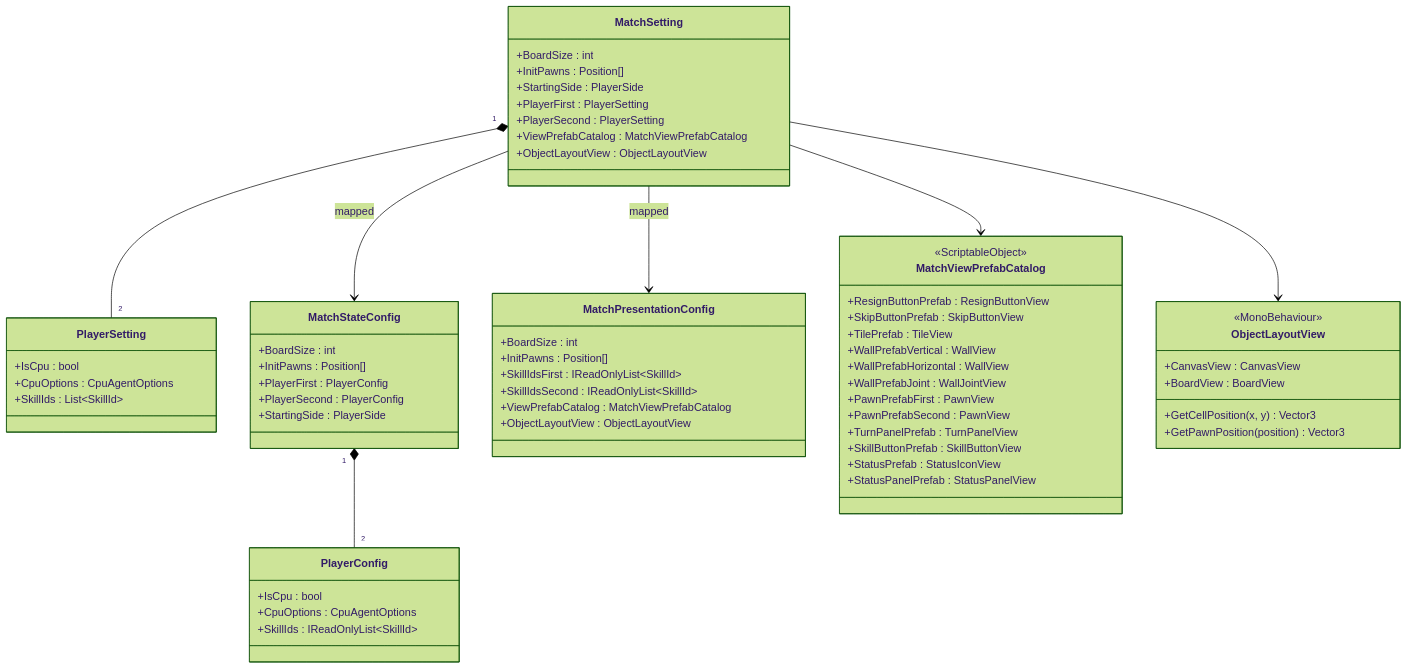
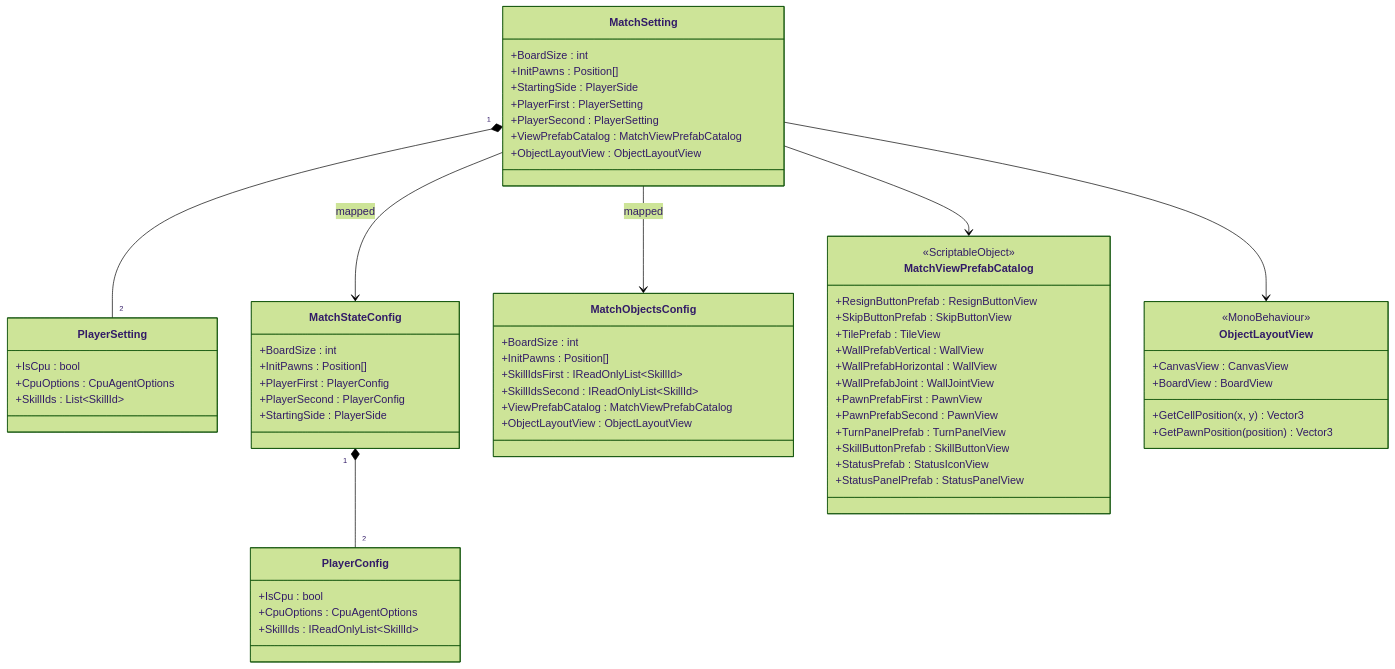
One commit to takaotokuno/unity-quoridor changed the second of 3 diagrams in docs/diagrams/application/match-composition-root.md. Above: the diagram before and after it, drawn with Mermaid (forest theme). The commit also changed other lines of this file and 7 other files, not shown here.

````diff
--- a/docs/diagrams/application/match-composition-root.md
+++ b/docs/diagrams/application/match-composition-root.md
@@ -76,72 +78,72 @@
 ```mermaid
 classDiagram
     class MatchSetting{
         +BoardSize : int
         +InitPawns : Position[]
         +StartingSide : PlayerSide
         +PlayerFirst : PlayerSetting
         +PlayerSecond : PlayerSetting
         +ViewPrefabCatalog : MatchViewPrefabCatalog
         +ObjectLayoutView : ObjectLayoutView
     }
 
     class PlayerSetting{
         +IsCpu : bool
         +CpuOptions : CpuAgentOptions
         +SkillIds : List~SkillId~
     }
 
     class MatchStateConfig{
         +BoardSize : int
         +InitPawns : Position[]
         +PlayerFirst : PlayerConfig
         +PlayerSecond : PlayerConfig
         +StartingSide : PlayerSide
     }
 
     class PlayerConfig{
         +IsCpu : bool
         +CpuOptions : CpuAgentOptions
         +SkillIds : IReadOnlyList~SkillId~
     }
 
-    class MatchPresentationConfig{
+    class MatchObjectsConfig{
         +BoardSize : int
         +InitPawns : Position[]
         +SkillIdsFirst : IReadOnlyList~SkillId~
         +SkillIdsSecond : IReadOnlyList~SkillId~
         +ViewPrefabCatalog : MatchViewPrefabCatalog
         +ObjectLayoutView : ObjectLayoutView
     }
 
     class MatchViewPrefabCatalog{
         <<ScriptableObject>>
         +ResignButtonPrefab : ResignButtonView
         +SkipButtonPrefab : SkipButtonView
         +TilePrefab : TileView
         +WallPrefabVertical : WallView
         +WallPrefabHorizontal : WallView
         +WallPrefabJoint : WallJointView
         +PawnPrefabFirst : PawnView
         +PawnPrefabSecond : PawnView
         +TurnPanelPrefab : TurnPanelView
         +SkillButtonPrefab : SkillButtonView
         +StatusPrefab : StatusIconView
         +StatusPanelPrefab : StatusPanelView
     }
 
     class ObjectLayoutView{
         <<MonoBehaviour>>
         +CanvasView : CanvasView
         +BoardView : BoardView
         +GetCellPosition(x, y) Vector3
         +GetPawnPosition(position) Vector3
     }
 
     MatchSetting "1" *-- "2" PlayerSetting
     MatchStateConfig "1" *-- "2" PlayerConfig
     MatchSetting --> MatchStateConfig : mapped
-    MatchSetting --> MatchPresentationConfig : mapped
+    MatchSetting --> MatchObjectsConfig : mapped
     MatchSetting --> MatchViewPrefabCatalog
     MatchSetting --> ObjectLayoutView
 ```
````
